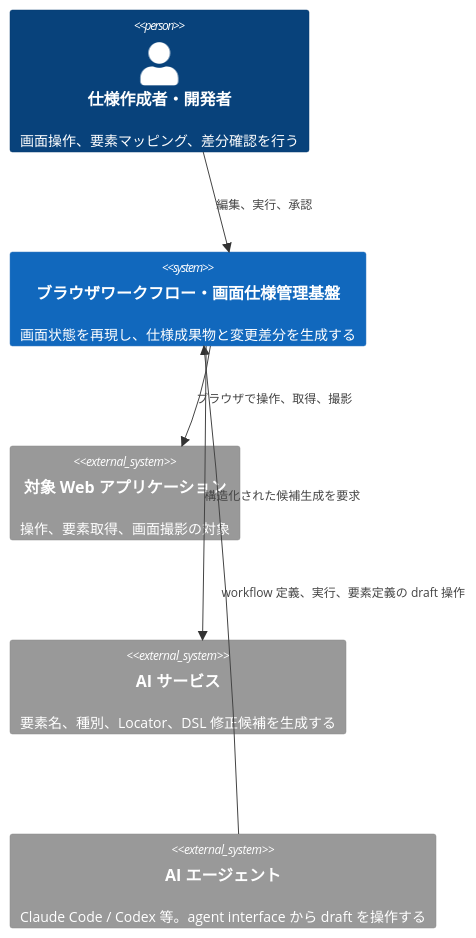
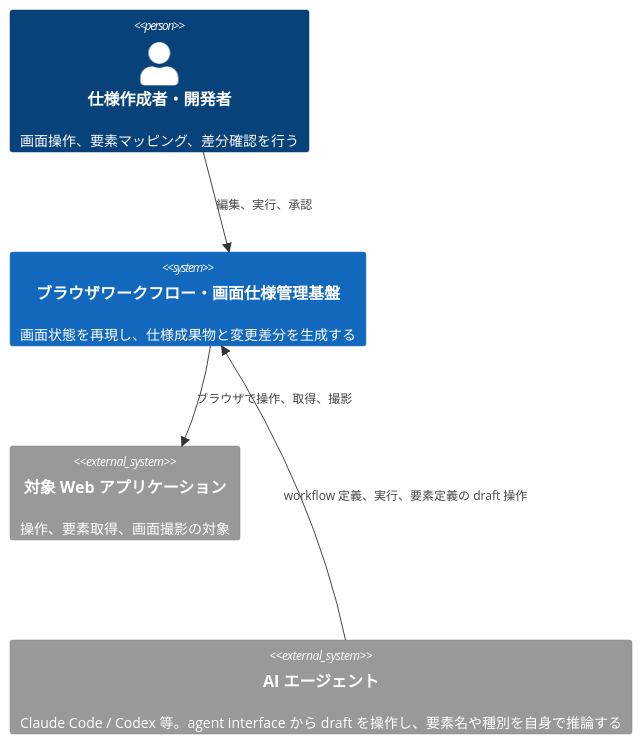
Before and after one commit to Fukuemon/screen-contract: the first of 3 diagrams in design/DesignDoc.md, drawn with Mermaid. The commit also changed other lines of this file, not shown here.

````diff
--- a/design/DesignDoc.md
+++ b/design/DesignDoc.md
@@ -194,12 +194,10 @@
 ```mermaid
 C4Context
     Person(user, "仕様作成者・開発者", "画面操作、要素マッピング、差分確認を行う")
     System(sys, "ブラウザワークフロー・画面仕様管理基盤", "画面状態を再現し、仕様成果物と変更差分を生成する")
     System_Ext(target, "対象 Web アプリケーション", "操作、要素取得、画面撮影の対象")
-    System_Ext(ai, "AI サービス", "要素名、種別、Locator、DSL 修正候補を生成する")
-    System_Ext(agent, "AI エージェント", "Claude Code / Codex 等。agent interface から draft を操作する")
+    System_Ext(agent, "AI エージェント", "Claude Code / Codex 等。agent interface から draft を操作し、要素名や種別を自身で推論する")
     Rel(user, sys, "編集、実行、承認")
     Rel(agent, sys, "workflow 定義、実行、要素定義の draft 操作")
     Rel(sys, target, "ブラウザで操作、取得、撮影")
-    Rel(sys, ai, "構造化された候補生成を要求")
 ```
````
